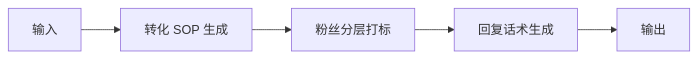
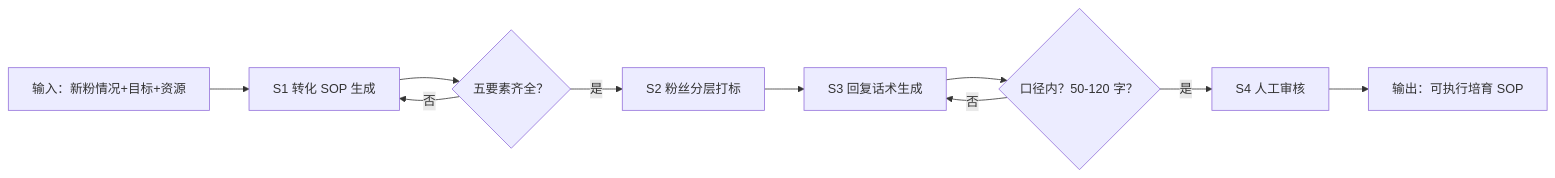
One commit to bangwozuo/funnel-builder-zh changed the diagram in workflows/welcome-7day-nurture-sop-flow/SKILL.md. Above: the diagram before and after it, drawn with Mermaid. The commit also changed other lines of this file and 53 other files, not shown here.

````diff
--- a/workflows/welcome-7day-nurture-sop-flow/SKILL.md
+++ b/workflows/welcome-7day-nurture-sop-flow/SKILL.md
@@ -28,12 +37,16 @@
 ```mermaid
 flowchart LR
-    IN["输入"]
-    S1["转化 SOP 生成"]
-    S2["粉丝分层打标"]
-    S3["回复话术生成"]
-    OUT["输出"]
-    IN --> S1
-    S1 --> S2
-    S2 --> S3
-    S3 --> OUT
+    IN["输入：新粉情况+目标+资源"]
+    S1["S1 转化 SOP 生成"]
+    Q1{"五要素齐全？"}
+    S2["S2 粉丝分层打标"]
+    S3["S3 回复话术生成"]
+    Q2{"口径内？50-120 字？"}
+    S4["S4 人工审核"]
+    OUT["输出：可执行培育 SOP"]
+    IN --> S1 --> Q1
+    Q1 -- 否 --> S1
+    Q1 -- 是 --> S2 --> S3 --> Q2
+    Q2 -- 否 --> S3
+    Q2 -- 是 --> S4 --> OUT
 ```
````
